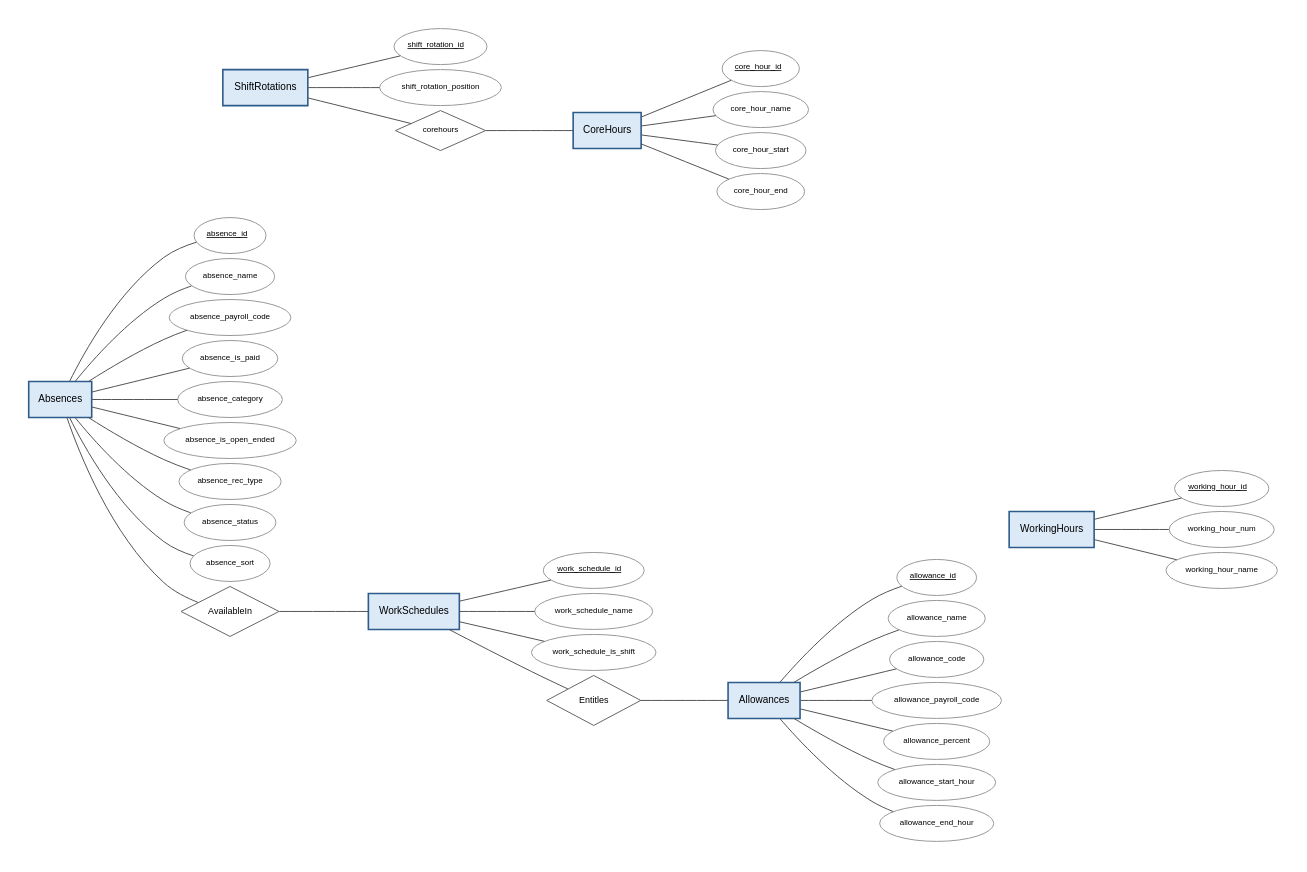
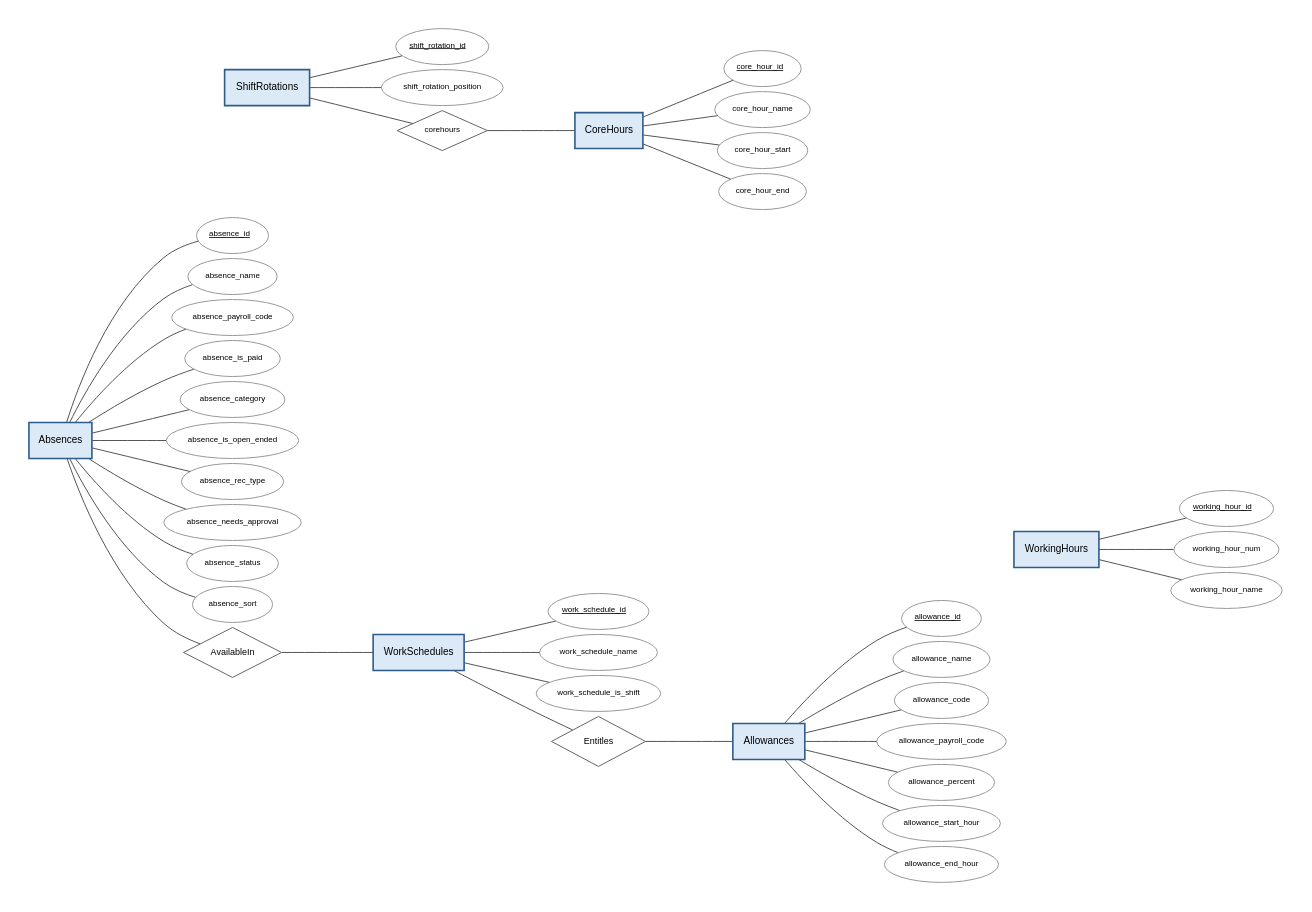
Before and after one commit to mbodigit/time_tracking_system_prototype: the diagram in docs/diagram/er-2-munkaido-parameterek.dot, drawn with Graphviz. The commit also changed 30 other files, not shown here.

```diff
--- a/docs/diagram/er-2-munkaido-parameterek.dot
+++ b/docs/diagram/er-2-munkaido-parameterek.dot
@@ -1,83 +1,85 @@
 graph ER {
   fontname="Helvetica";
   graph [rankdir=LR, splines=spline, nodesep=0.3, ranksep=1.0, pack=true, packmode=array, bgcolor="white", pad=0.3];
   node [fontname="Helvetica", fontsize=10];
   edge [fontname="Helvetica", fontsize=9, color="#555555"];
 
   // fókuszban lévő egyedek, minden attribútummal
   "WorkSchedules" [shape=box, style="filled,bold", fillcolor="#DCE9F7", color="#2E5C8A", penwidth=1.6];
   "WorkSchedules__work_schedule_id" [shape=ellipse, style=filled, fillcolor="white", color="#999999", fontsize=8, label=<<U>work_schedule_id</U>>];
   "WorkSchedules" -- "WorkSchedules__work_schedule_id" [len=0.8, weight=4];
   "WorkSchedules__work_schedule_name" [shape=ellipse, style=filled, fillcolor="white", color="#999999", fontsize=8, label="work_schedule_name"];
   "WorkSchedules" -- "WorkSchedules__work_schedule_name" [len=0.8, weight=4];
   "WorkSchedules__work_schedule_is_shift" [shape=ellipse, style=filled, fillcolor="white", color="#999999", fontsize=8, label="work_schedule_is_shift"];
   "WorkSchedules" -- "WorkSchedules__work_schedule_is_shift" [len=0.8, weight=4];
   "WorkingHours" [shape=box, style="filled,bold", fillcolor="#DCE9F7", color="#2E5C8A", penwidth=1.6];
   "WorkingHours__working_hour_id" [shape=ellipse, style=filled, fillcolor="white", color="#999999", fontsize=8, label=<<U>working_hour_id</U>>];
   "WorkingHours" -- "WorkingHours__working_hour_id" [len=0.8, weight=4];
   "WorkingHours__working_hour_num" [shape=ellipse, style=filled, fillcolor="white", color="#999999", fontsize=8, label="working_hour_num"];
   "WorkingHours" -- "WorkingHours__working_hour_num" [len=0.8, weight=4];
   "WorkingHours__working_hour_name" [shape=ellipse, style=filled, fillcolor="white", color="#999999", fontsize=8, label="working_hour_name"];
   "WorkingHours" -- "WorkingHours__working_hour_name" [len=0.8, weight=4];
   "CoreHours" [shape=box, style="filled,bold", fillcolor="#DCE9F7", color="#2E5C8A", penwidth=1.6];
   "CoreHours__core_hour_id" [shape=ellipse, style=filled, fillcolor="white", color="#999999", fontsize=8, label=<<U>core_hour_id</U>>];
   "CoreHours" -- "CoreHours__core_hour_id" [len=0.8, weight=4];
   "CoreHours__core_hour_name" [shape=ellipse, style=filled, fillcolor="white", color="#999999", fontsize=8, label="core_hour_name"];
   "CoreHours" -- "CoreHours__core_hour_name" [len=0.8, weight=4];
   "CoreHours__core_hour_start" [shape=ellipse, style=filled, fillcolor="white", color="#999999", fontsize=8, label="core_hour_start"];
   "CoreHours" -- "CoreHours__core_hour_start" [len=0.8, weight=4];
   "CoreHours__core_hour_end" [shape=ellipse, style=filled, fillcolor="white", color="#999999", fontsize=8, label="core_hour_end"];
   "CoreHours" -- "CoreHours__core_hour_end" [len=0.8, weight=4];
   "Absences" [shape=box, style="filled,bold", fillcolor="#DCE9F7", color="#2E5C8A", penwidth=1.6];
   "Absences__absence_id" [shape=ellipse, style=filled, fillcolor="white", color="#999999", fontsize=8, label=<<U>absence_id</U>>];
   "Absences" -- "Absences__absence_id" [len=0.8, weight=4];
   "Absences__absence_name" [shape=ellipse, style=filled, fillcolor="white", color="#999999", fontsize=8, label="absence_name"];
   "Absences" -- "Absences__absence_name" [len=0.8, weight=4];
   "Absences__absence_payroll_code" [shape=ellipse, style=filled, fillcolor="white", color="#999999", fontsize=8, label="absence_payroll_code"];
   "Absences" -- "Absences__absence_payroll_code" [len=0.8, weight=4];
   "Absences__absence_is_paid" [shape=ellipse, style=filled, fillcolor="white", color="#999999", fontsize=8, label="absence_is_paid"];
   "Absences" -- "Absences__absence_is_paid" [len=0.8, weight=4];
   "Absences__absence_category" [shape=ellipse, style=filled, fillcolor="white", color="#999999", fontsize=8, label="absence_category"];
   "Absences" -- "Absences__absence_category" [len=0.8, weight=4];
   "Absences__absence_is_open_ended" [shape=ellipse, style=filled, fillcolor="white", color="#999999", fontsize=8, label="absence_is_open_ended"];
   "Absences" -- "Absences__absence_is_open_ended" [len=0.8, weight=4];
   "Absences__absence_rec_type" [shape=ellipse, style=filled, fillcolor="white", color="#999999", fontsize=8, label="absence_rec_type"];
   "Absences" -- "Absences__absence_rec_type" [len=0.8, weight=4];
+  "Absences__absence_needs_approval" [shape=ellipse, style=filled, fillcolor="white", color="#999999", fontsize=8, label="absence_needs_approval"];
+  "Absences" -- "Absences__absence_needs_approval" [len=0.8, weight=4];
   "Absences__absence_status" [shape=ellipse, style=filled, fillcolor="white", color="#999999", fontsize=8, label="absence_status"];
   "Absences" -- "Absences__absence_status" [len=0.8, weight=4];
   "Absences__absence_sort" [shape=ellipse, style=filled, fillcolor="white", color="#999999", fontsize=8, label="absence_sort"];
   "Absences" -- "Absences__absence_sort" [len=0.8, weight=4];
   "Allowances" [shape=box, style="filled,bold", fillcolor="#DCE9F7", color="#2E5C8A", penwidth=1.6];
   "Allowances__allowance_id" [shape=ellipse, style=filled, fillcolor="white", color="#999999", fontsize=8, label=<<U>allowance_id</U>>];
   "Allowances" -- "Allowances__allowance_id" [len=0.8, weight=4];
   "Allowances__allowance_name" [shape=ellipse, style=filled, fillcolor="white", color="#999999", fontsize=8, label="allowance_name"];
   "Allowances" -- "Allowances__allowance_name" [len=0.8, weight=4];
   "Allowances__allowance_code" [shape=ellipse, style=filled, fillcolor="white", color="#999999", fontsize=8, label="allowance_code"];
   "Allowances" -- "Allowances__allowance_code" [len=0.8, weight=4];
   "Allowances__allowance_payroll_code" [shape=ellipse, style=filled, fillcolor="white", color="#999999", fontsize=8, label="allowance_payroll_code"];
   "Allowances" -- "Allowances__allowance_payroll_code" [len=0.8, weight=4];
   "Allowances__allowance_percent" [shape=ellipse, style=filled, fillcolor="white", color="#999999", fontsize=8, label="allowance_percent"];
   "Allowances" -- "Allowances__allowance_percent" [len=0.8, weight=4];
   "Allowances__allowance_start_hour" [shape=ellipse, style=filled, fillcolor="white", color="#999999", fontsize=8, label="allowance_start_hour"];
   "Allowances" -- "Allowances__allowance_start_hour" [len=0.8, weight=4];
   "Allowances__allowance_end_hour" [shape=ellipse, style=filled, fillcolor="white", color="#999999", fontsize=8, label="allowance_end_hour"];
   "Allowances" -- "Allowances__allowance_end_hour" [len=0.8, weight=4];
   "ShiftRotations" [shape=box, style="filled,bold", fillcolor="#DCE9F7", color="#2E5C8A", penwidth=1.6];
   "ShiftRotations__shift_rotation_id" [shape=ellipse, style=filled, fillcolor="white", color="#999999", fontsize=8, label=<<U>shift_rotation_id</U>>];
   "ShiftRotations" -- "ShiftRotations__shift_rotation_id" [len=0.8, weight=4];
   "ShiftRotations__shift_rotation_position" [shape=ellipse, style=filled, fillcolor="white", color="#999999", fontsize=8, label="shift_rotation_position"];
   "ShiftRotations" -- "ShiftRotations__shift_rotation_position" [len=0.8, weight=4];
 
   // kapcsolatok
   "R_fk_shift_rotation_core_hour" [shape=diamond, style=filled, fillcolor="white", color="#666666", fontsize=8, label="corehours", width=1.0, height=0.55];
   "ShiftRotations" -- "R_fk_shift_rotation_core_hour" [label="N", len=2.4];
   "R_fk_shift_rotation_core_hour" -- "CoreHours" [label="1", len=2.4];
 
   // több-a-többhöz kapcsolatok (a relációs sémában kapcsolótábla)
   "R_AbsenceWorkSchedules" [shape=diamond, style=filled, fillcolor="white", color="#666666", fontsize=9, label="AvailableIn", width=1.3, height=0.7];
   "Absences" -- "R_AbsenceWorkSchedules" [label="M", len=2.4];
   "R_AbsenceWorkSchedules" -- "WorkSchedules" [label="N", len=2.4];
   "R_WorkScheduleAllowances" [shape=diamond, style=filled, fillcolor="white", color="#666666", fontsize=9, label="Entitles", width=1.3, height=0.7];
   "WorkSchedules" -- "R_WorkScheduleAllowances" [label="M", len=2.4];
   "R_WorkScheduleAllowances" -- "Allowances" [label="N", len=2.4];
 }
```
